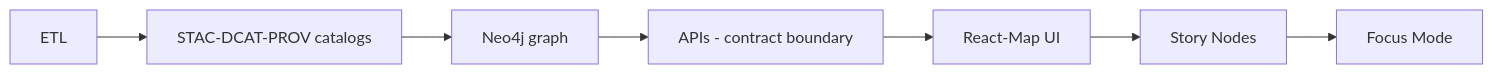
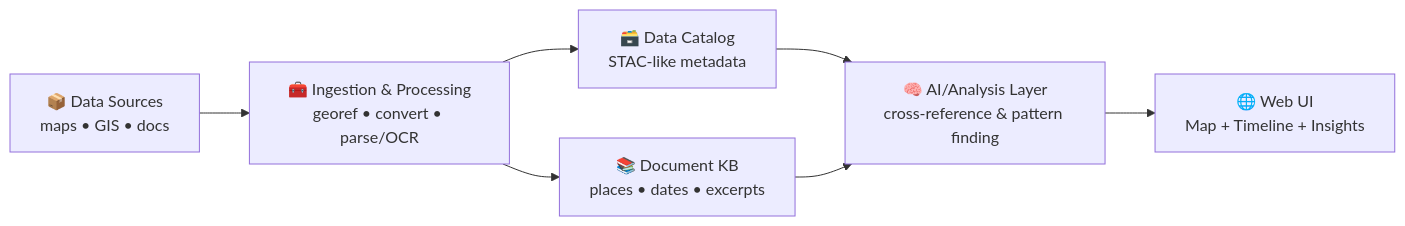
One commit to bartytime4life/Kansas-Frontier-Matrix changed the diagram in .github/README.md. Above: the diagram before and after it, drawn with Mermaid. The commit also changed other lines of this file, not shown here.

````diff
--- a/.github/README.md
+++ b/.github/README.md
@@ -29,9 +18,9 @@
 ```mermaid
 flowchart LR
-  A[ETL] --> B[STAC-DCAT-PROV catalogs]
-  B --> C[Neo4j graph]
-  C --> D["APIs - contract boundary"]
-  D --> E[React-Map UI]
-  E --> F[Story Nodes]
-  F --> G[Focus Mode]
+  A[📦 Data Sources<br/>maps • GIS • docs] --> B[🧰 Ingestion & Processing<br/>georef • convert • parse/OCR]
+  B --> C[🗃️ Data Catalog<br/>STAC-like metadata]
+  B --> D[📚 Document KB<br/>places • dates • excerpts]
+  C --> E[🧠 AI/Analysis Layer<br/>cross-reference & pattern finding]
+  D --> E
+  E --> F[🌐 Web UI<br/>Map + Timeline + Insights]
 ```
````
